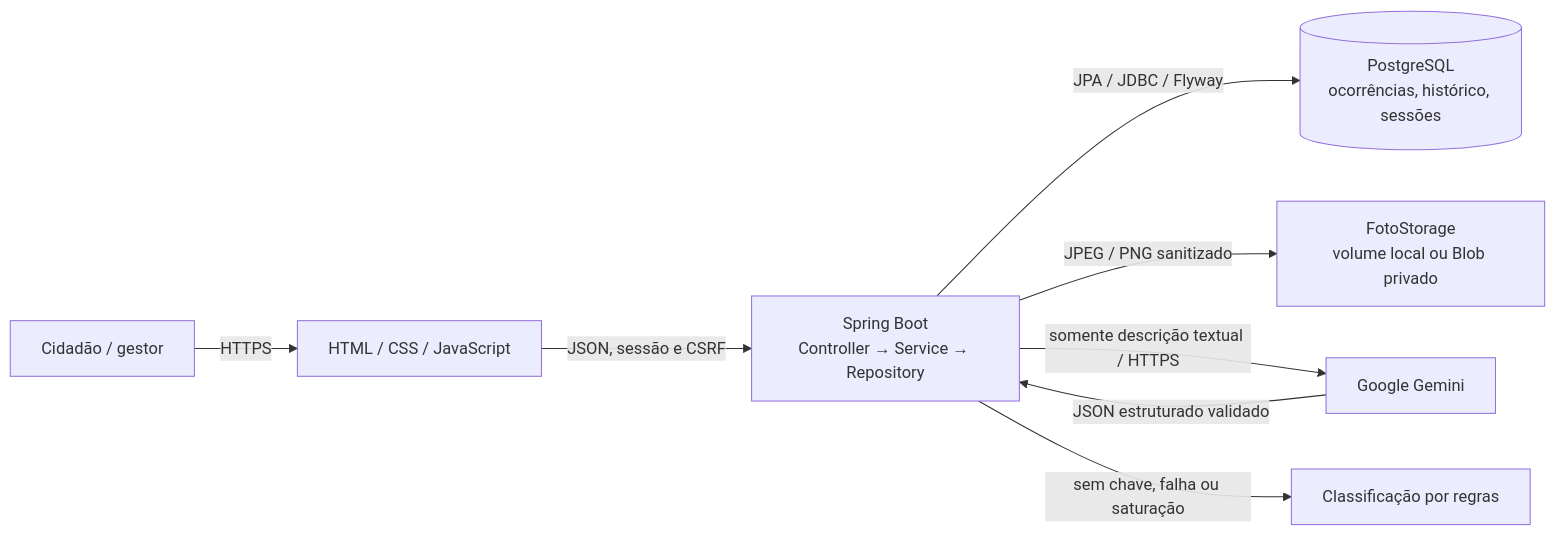
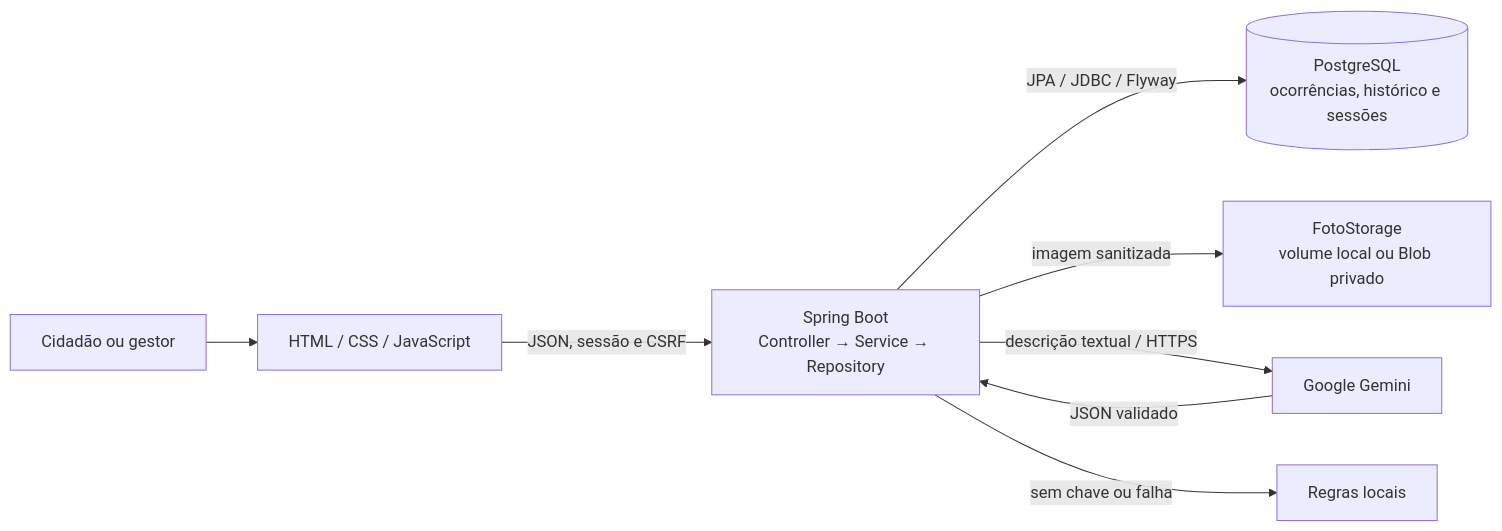
One commit to AndreKenji1/Global-Solution-HydroGuard changed the diagram in README.md. Above: the diagram before and after it, drawn with Mermaid. The commit also changed other lines of this file and 26 other files, not shown here.

````diff
--- a/README.md
+++ b/README.md
@@ -32,10 +13,10 @@
 ```mermaid
 flowchart LR
-  C[Cidadão / gestor] -->|HTTPS| UI[HTML / CSS / JavaScript]
+  Pessoa[Cidadão ou gestor] --> UI[HTML / CSS / JavaScript]
   UI -->|JSON, sessão e CSRF| API[Spring Boot<br/>Controller → Service → Repository]
-  API -->|JPA / JDBC / Flyway| DB[(PostgreSQL<br/>ocorrências, histórico, sessões)]
-  API -->|JPEG / PNG sanitizado| Storage[FotoStorage<br/>volume local ou Blob privado]
-  API -->|somente descrição textual / HTTPS| Gemini[Google Gemini]
-  Gemini -->|JSON estruturado validado| API
-  API -->|sem chave, falha ou saturação| Regras[Classificação por regras]
+  API -->|JPA / JDBC / Flyway| DB[(PostgreSQL<br/>ocorrências, histórico e sessões)]
+  API -->|imagem sanitizada| Foto[FotoStorage<br/>volume local ou Blob privado]
+  API -->|descrição textual / HTTPS| Gemini[Google Gemini]
+  Gemini -->|JSON validado| API
+  API -->|sem chave ou falha| Regras[Regras locais]
 ```
````
